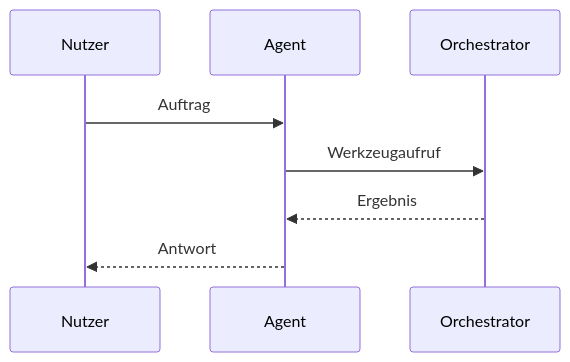
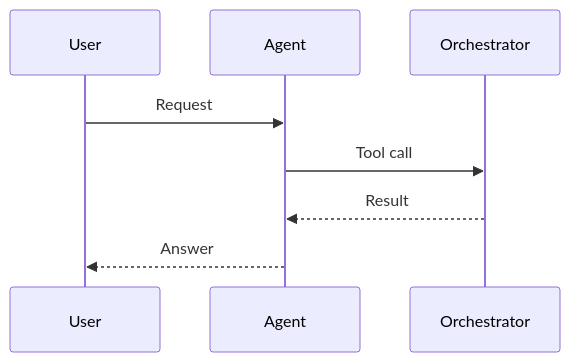
The third of 9 diagrams in images/agw-basis/skills/mermaid/SKILL.md (pschroee/agri-gaia-agent-gateway), drawn with Mermaid before and after one commit. The commit also changed other lines of this file and 25 other files, not shown here.

````diff
--- a/images/agw-basis/skills/mermaid/SKILL.md
+++ b/images/agw-basis/skills/mermaid/SKILL.md
@@ -93,10 +93,10 @@
 ```mermaid
 sequenceDiagram
-  participant N as Nutzer
+  participant U as User
   participant A as Agent
   participant O as Orchestrator
-  N->>A: Auftrag
-  A->>O: Werkzeugaufruf
-  O-->>A: Ergebnis
-  A-->>N: Antwort
+  U->>A: Request
+  A->>O: Tool call
+  O-->>A: Result
+  A-->>U: Answer
 ```
````
